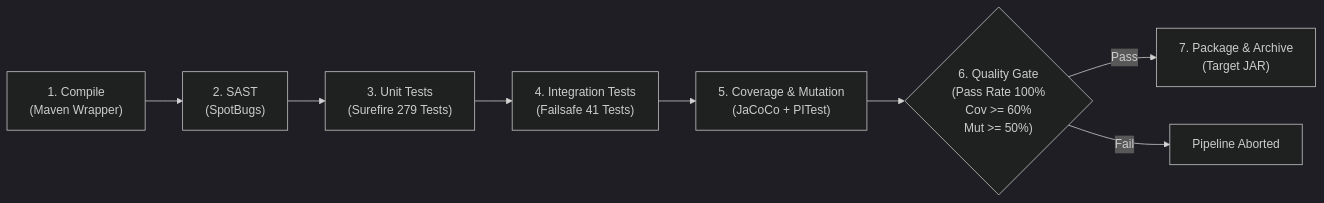
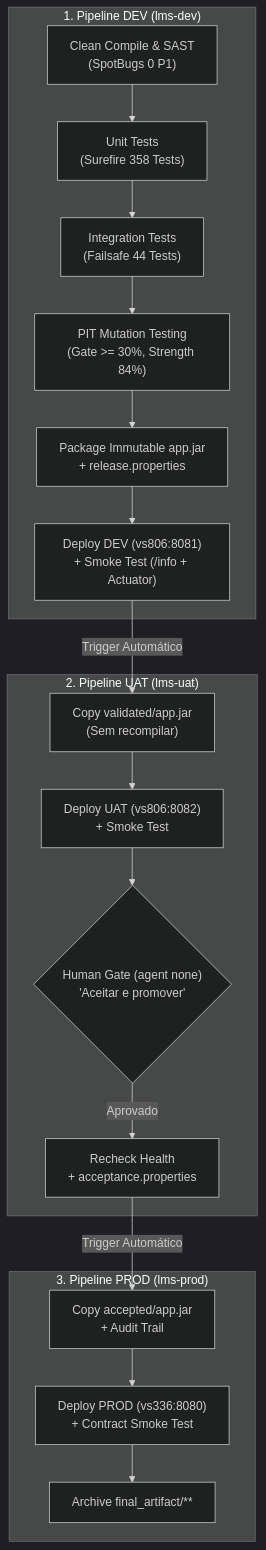
The diagram in README.md (RafaelBrandao04/psoft-project-2026-1), drawn with Mermaid (dark theme) before and after one commit. The commit also changed other lines of this file and 7 other files, not shown here.

````diff
--- a/README.md
+++ b/README.md
@@ -58,10 +58,24 @@
 ```mermaid
-flowchart LR
-    COMPILE["1. Compile<br/>(Maven Wrapper)"] --> SAST["2. SAST<br/>(SpotBugs)"]
-    SAST --> UNIT["3. Unit Tests<br/>(Surefire 279 Tests)"]
-    UNIT --> IT["4. Integration Tests<br/>(Failsafe 41 Tests)"]
-    IT --> COV["5. Coverage & Mutation<br/>(JaCoCo + PITest)"]
-    COV --> GATE{"6. Quality Gate<br/>(Pass Rate 100%<br/>Cov >= 60%<br/>Mut >= 50%)"}
-    GATE -->|Pass| PKG["7. Package & Archive<br/>(Target JAR)"]
-    GATE -->|Fail| HALT["Pipeline Aborted"]
+flowchart TD
+    subgraph Job1["1. Pipeline DEV (lms-dev)"]
+        COMPILE["Clean Compile & SAST<br/>(SpotBugs 0 P1)"] --> UNIT["Unit Tests<br/>(Surefire 358 Tests)"]
+        UNIT --> IT["Integration Tests<br/>(Failsafe 44 Tests)"]
+        IT --> PIT["PIT Mutation Testing<br/>(Gate >= 30%, Strength 84%)"]
+        PIT --> PKG["Package Immutable app.jar<br/>+ release.properties"]
+        PKG --> DEV_DEPLOY["Deploy DEV (vs806:8081)<br/>+ Smoke Test (/info + Actuator)"]
+    end
+
+    subgraph Job2["2. Pipeline UAT (lms-uat)"]
+        UAT_COPY["Copy validated/app.jar<br/>(Sem recompilar)"] --> UAT_DEPLOY["Deploy UAT (vs806:8082)<br/>+ Smoke Test"]
+        UAT_DEPLOY --> GATE{"Human Gate (agent none)<br/>'Aceitar e promover'"}
+        GATE -->|Aprovado| UAT_RECHECK["Recheck Health<br/>+ acceptance.properties"]
+    end
+
+    subgraph Job3["3. Pipeline PROD (lms-prod)"]
+        PROD_COPY["Copy accepted/app.jar<br/>+ Audit Trail"] --> PROD_DEPLOY["Deploy PROD (vs336:8080)<br/>+ Contract Smoke Test"]
+        PROD_DEPLOY --> FINAL["Archive final_artifact/**"]
+    end
+
+    DEV_DEPLOY -->|Trigger Automático| UAT_COPY
+    UAT_RECHECK -->|Trigger Automático| PROD_COPY
 ```
````
